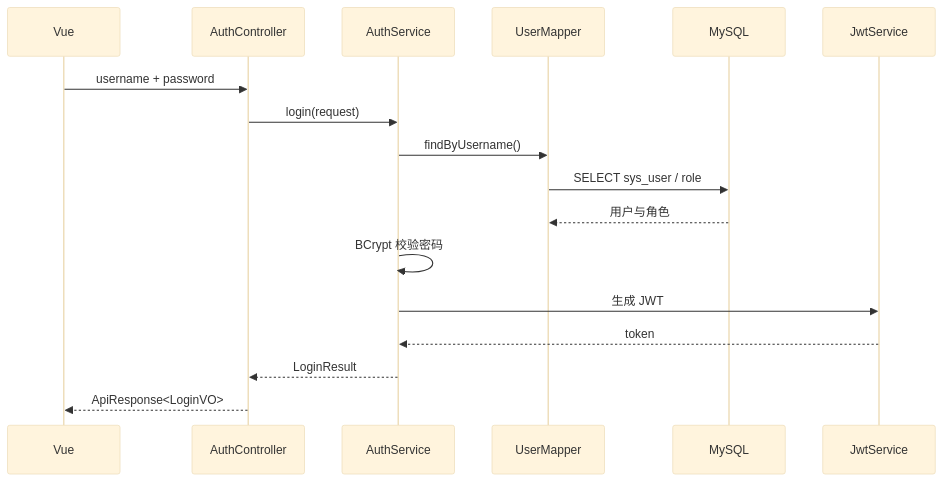
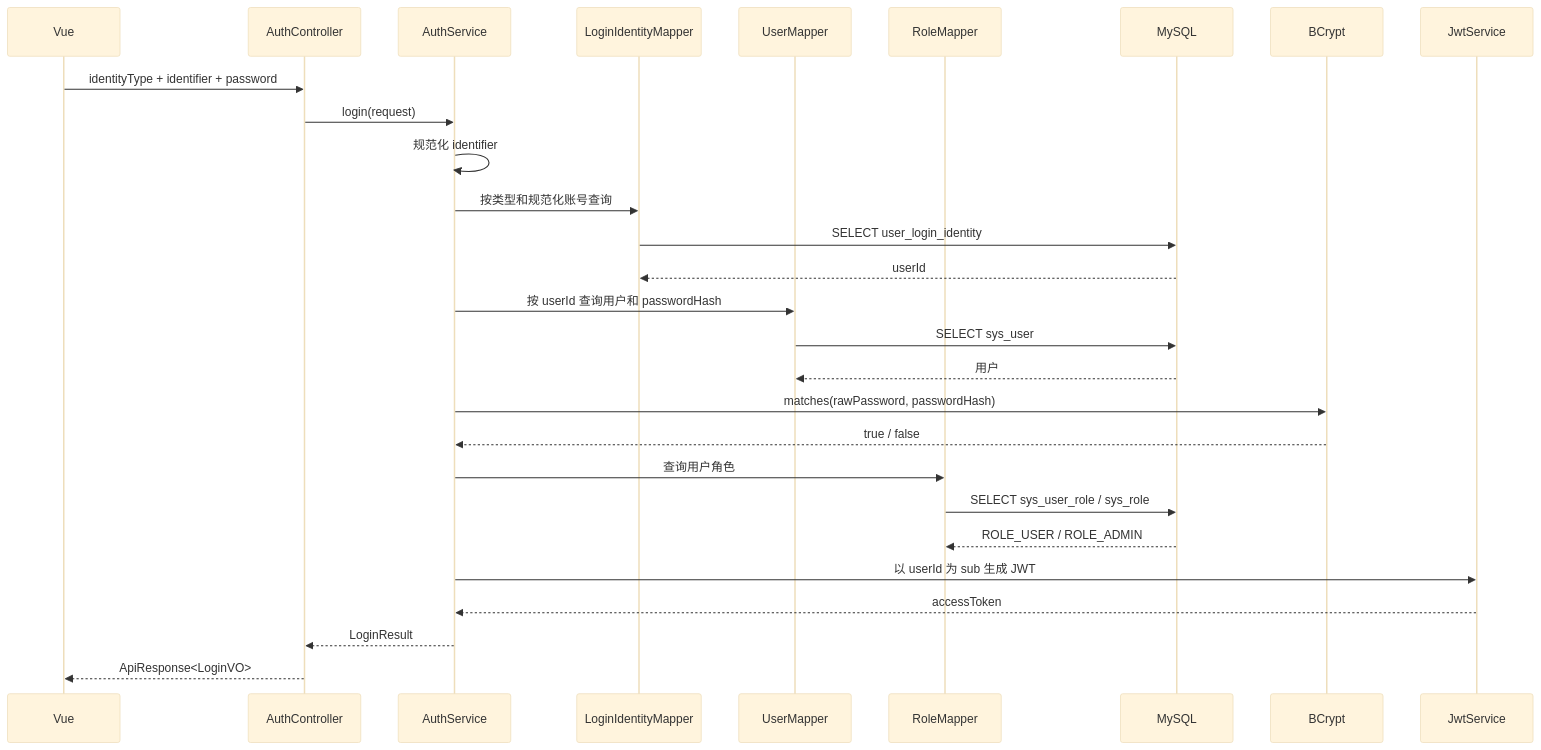
The seventh of 15 diagrams in docs/v1.0-architecture.md (XMU-Linjer/persona-flow-commerce), drawn with Mermaid (base theme) before and after one commit. The commit also changed other lines of this file and 2 other files, not shown here.

````diff
--- a/docs/v1.0-architecture.md
+++ b/docs/v1.0-architecture.md
@@ -696,20 +729,31 @@
 ```mermaid
 sequenceDiagram
     participant Web as Vue
     participant Auth as AuthController
     participant Service as AuthService
+    participant Identity as LoginIdentityMapper
     participant User as UserMapper
+    participant Role as RoleMapper
     participant DB as MySQL
+    participant Password as BCrypt
     participant JWT as JwtService
 
-    Web->>Auth: username + password
+    Web->>Auth: identityType + identifier + password
     Auth->>Service: login(request)
-    Service->>User: findByUsername()
-    User->>DB: SELECT sys_user / role
-    DB-->>User: 用户与角色
-    Service->>Service: BCrypt 校验密码
-    Service->>JWT: 生成 JWT
-    JWT-->>Service: token
+    Service->>Service: 规范化 identifier
+    Service->>Identity: 按类型和规范化账号查询
+    Identity->>DB: SELECT user_login_identity
+    DB-->>Identity: userId
+    Service->>User: 按 userId 查询用户和 passwordHash
+    User->>DB: SELECT sys_user
+    DB-->>User: 用户
+    Service->>Password: matches(rawPassword, passwordHash)
+    Password-->>Service: true / false
+    Service->>Role: 查询用户角色
+    Role->>DB: SELECT sys_user_role / sys_role
+    DB-->>Role: ROLE_USER / ROLE_ADMIN
+    Service->>JWT: 以 userId 为 sub 生成 JWT
+    JWT-->>Service: accessToken
     Service-->>Auth: LoginResult
     Auth-->>Web: ApiResponse<LoginVO>
 ```
````
